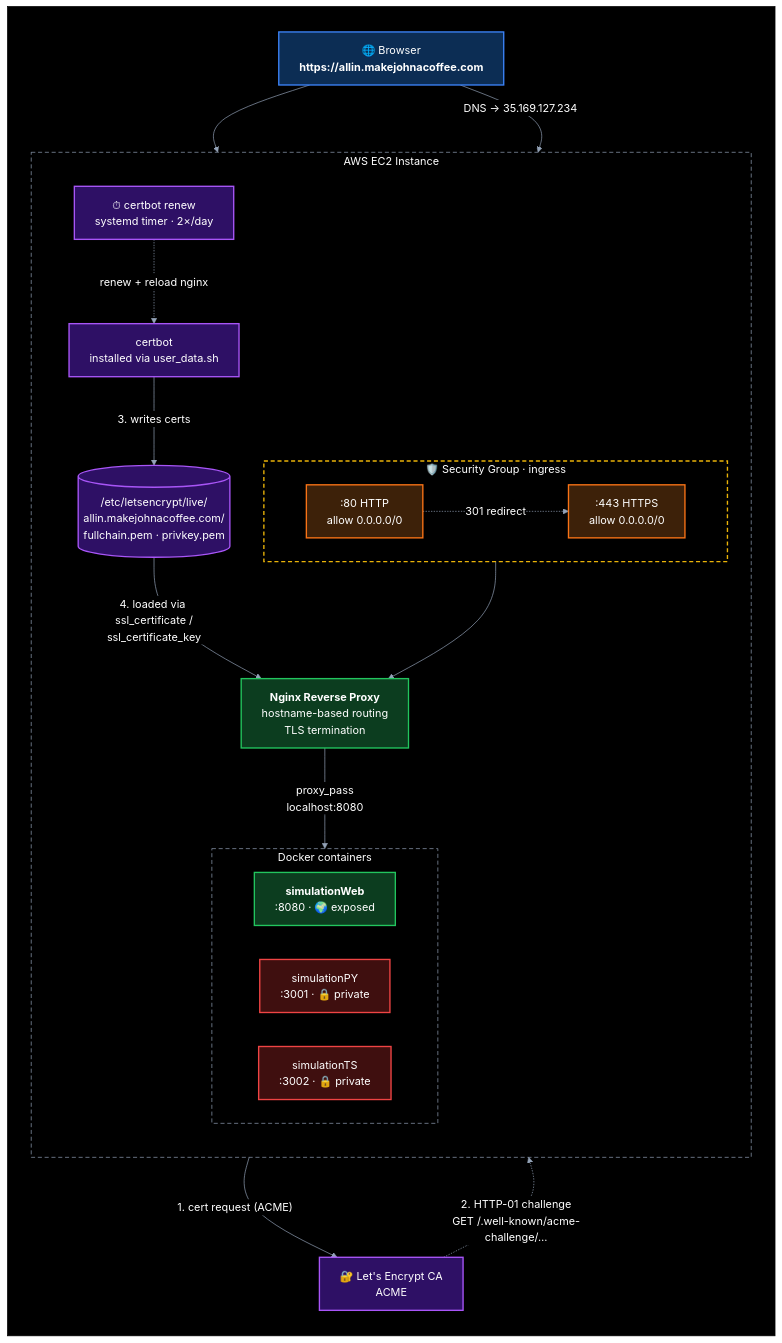
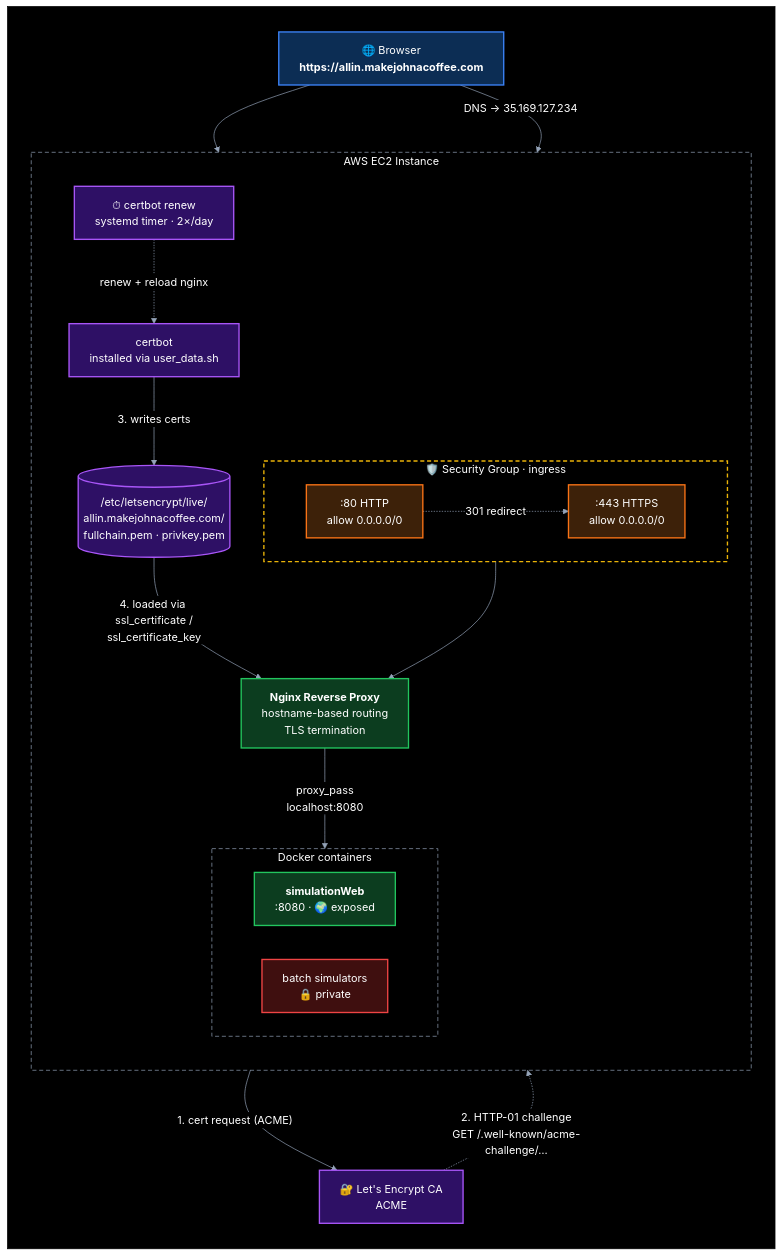
Before and after one commit to jbframe/big-equity: the diagram in docs/adr/001-expose-simulationweb.md, drawn with Mermaid. The commit also changed other lines of this file and 33 other files, not shown here.

````diff
--- a/docs/adr/001-expose-simulationweb.md
+++ b/docs/adr/001-expose-simulationweb.md
@@ -40,62 +40,60 @@
 ```mermaid
 %%{init: {'themeVariables': {'edgeLabelBackground': '#000000'}}}%%
 graph TD
     subgraph BG[" "]
     direction TB
     Client["🌐 Browser<br/><b>https://allin.makejohnacoffee.com</b>"]
     LE["🔐 Let's Encrypt CA<br/>ACME"]
 
     Client --> Port80
     Client -- "DNS → 35.169.127.234" --> Port443
 
     subgraph EC2["AWS EC2 Instance"]
         direction TB
 
         subgraph SG["🛡️ Security Group · ingress"]
             direction LR
             Port80[":80 HTTP<br/>allow 0.0.0.0/0"]
             Port443[":443 HTTPS<br/>allow 0.0.0.0/0"]
         end
         Port80 -. "301 redirect" .-> Port443
 
         Nginx["<b>Nginx Reverse Proxy</b><br/>hostname-based routing<br/>TLS termination"]
         Port443 --> Nginx
 
         Certbot["certbot<br/>installed via user_data.sh"]
         Certs[("/etc/letsencrypt/live/<br/>allin.makejohnacoffee.com/<br/>fullchain.pem · privkey.pem")]
         Timer["⏱ certbot renew<br/>systemd timer · 2×/day"]
 
         subgraph Docker["Docker containers"]
             direction LR
             Web["<b>simulationWeb</b><br/>:8080 · 🌍 exposed"]
-            PY["simulationPY<br/>:3001 · 🔒 private"]
-            TS["simulationTS<br/>:3002 · 🔒 private"]
+            Batch["batch simulators<br/>🔒 private"]
         end
 
         Nginx -- "proxy_pass<br/>localhost:8080" --> Web
     end
 
     Certbot -- "1. cert request (ACME)" --> LE
     LE -. "2. HTTP-01 challenge<br/>GET /.well-known/acme-challenge/…" .-> Port80
     Certbot -- "3. writes certs" --> Certs
     Certs -- "4. loaded via ssl_certificate /<br/>ssl_certificate_key" --> Nginx
     Timer -. "renew + reload nginx" .-> Certbot
     end
 
     style BG fill:#000000,stroke:#000000
     style Client fill:#0c2d54,stroke:#3b82f6,stroke-width:2px,color:#ffffff
     style LE fill:#2e1065,stroke:#a855f7,stroke-width:2px,color:#ffffff
     style Port80 fill:#3d2109,stroke:#f97316,stroke-width:2px,color:#ffffff
     style Port443 fill:#3d2109,stroke:#f97316,stroke-width:2px,color:#ffffff
     style Nginx fill:#0c3d1f,stroke:#22c55e,stroke-width:2px,color:#ffffff
     style Web fill:#0c3d1f,stroke:#22c55e,stroke-width:2px,color:#ffffff
-    style PY fill:#3f0f0f,stroke:#ef4444,stroke-width:2px,color:#ffffff
-    style TS fill:#3f0f0f,stroke:#ef4444,stroke-width:2px,color:#ffffff
+    style Batch fill:#3f0f0f,stroke:#ef4444,stroke-width:2px,color:#ffffff
     style Certbot fill:#2e1065,stroke:#a855f7,stroke-width:2px,color:#ffffff
     style Certs fill:#2e1065,stroke:#a855f7,stroke-width:2px,color:#ffffff
     style Timer fill:#2e1065,stroke:#a855f7,stroke-width:2px,color:#ffffff
     style EC2 fill:transparent,stroke:#94a3b8,stroke-dasharray:6 4,color:#ffffff
     style SG fill:transparent,stroke:#eab308,stroke-dasharray:6 4,stroke-width:2px,color:#ffffff
     style Docker fill:transparent,stroke:#94a3b8,stroke-dasharray:6 4,color:#ffffff
     linkStyle default stroke:#94a3b8,color:#ffffff
 ```
````
